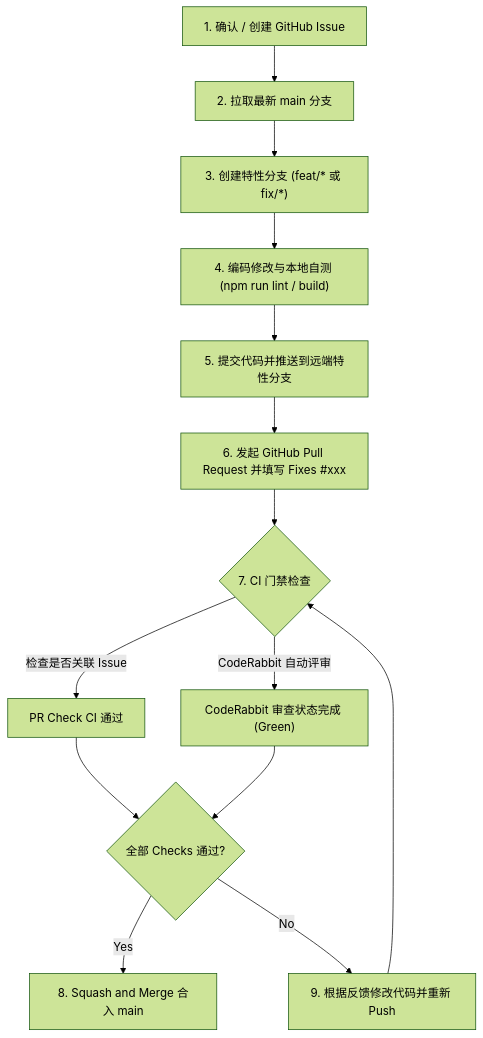
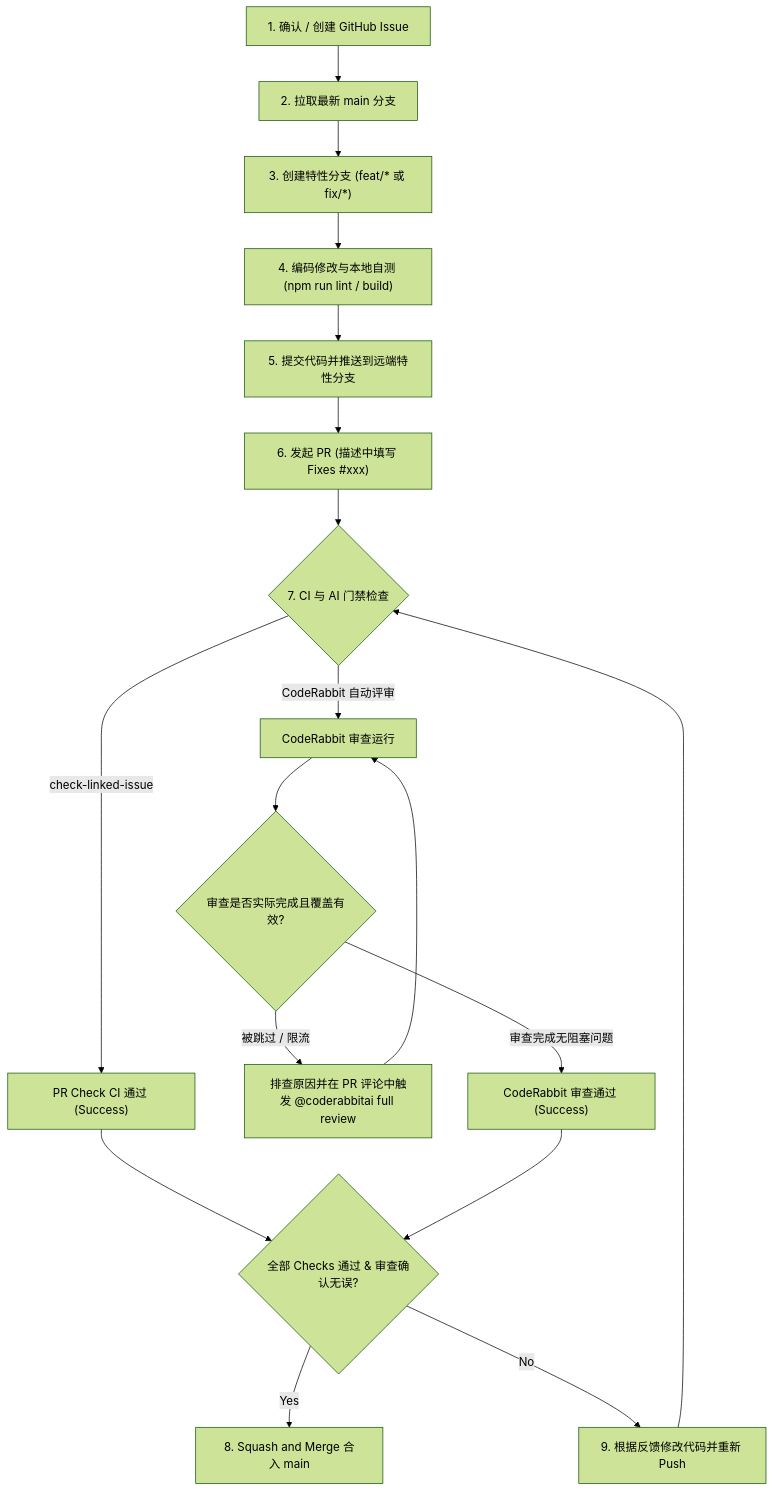
The diagram in Agent.md (lich-wang/wow-addon-web), drawn with Mermaid (forest theme) before and after one commit. The commit also changed other lines of this file and 2 other files, not shown here.

Commit message:
docs: address CodeRabbit review feedback on workflow and checks

````diff
--- a/Agent.md
+++ b/Agent.md
@@ -82,16 +96,20 @@
 ```mermaid
 flowchart TD
     A["1. 确认 / 创建 GitHub Issue"] --> B["2. 拉取最新 main 分支"]
     B --> C["3. 创建特性分支 (feat/* 或 fix/*)"]
     C --> D["4. 编码修改与本地自测 (npm run lint / build)"]
     D --> E["5. 提交代码并推送到远端特性分支"]
-    E --> F["6. 发起 GitHub Pull Request 并填写 Fixes #xxx"]
-    F --> G{"7. CI 门禁检查"}
-    G -->|"检查是否关联 Issue"| H["PR Check CI 通过"]
-    G -->|"CodeRabbit 自动评审"| I["CodeRabbit 审查状态完成 (Green)"]
-    H --> J{"全部 Checks 通过?"}
-    I --> J
-    J -->|Yes| K["8. Squash and Merge 合入 main"]
-    J -->|No| L["9. 根据反馈修改代码并重新 Push"]
-    L --> G
+    E --> F["6. 发起 PR (描述中填写 Fixes #xxx)"]
+    F --> G{"7. CI 与 AI 门禁检查"}
+    G -->|"check-linked-issue"| H["PR Check CI 通过 (Success)"]
+    G -->|"CodeRabbit 自动评审"| I["CodeRabbit 审查运行"]
+    I --> J{"审查是否实际完成且覆盖有效?"}
+    J -->|"被跳过 / 限流"| L["排查原因并在 PR 评论中触发 @coderabbitai full review"]
+    L --> I
+    J -->|"审查完成无阻塞问题"| M["CodeRabbit 审查通过 (Success)"]
+    H --> N{"全部 Checks 通过 & 审查确认无误?"}
+    M --> N
+    N -->|Yes| O["8. Squash and Merge 合入 main"]
+    N -->|No| P["9. 根据反馈修改代码并重新 Push"]
+    P --> G
 ```
````
